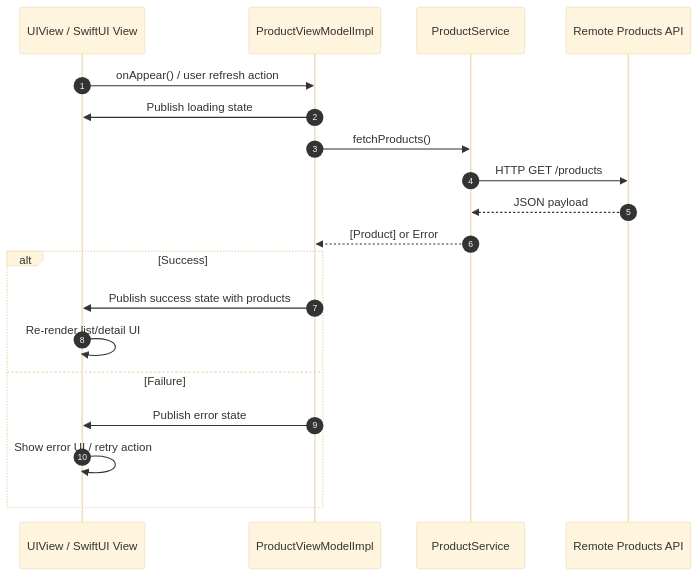
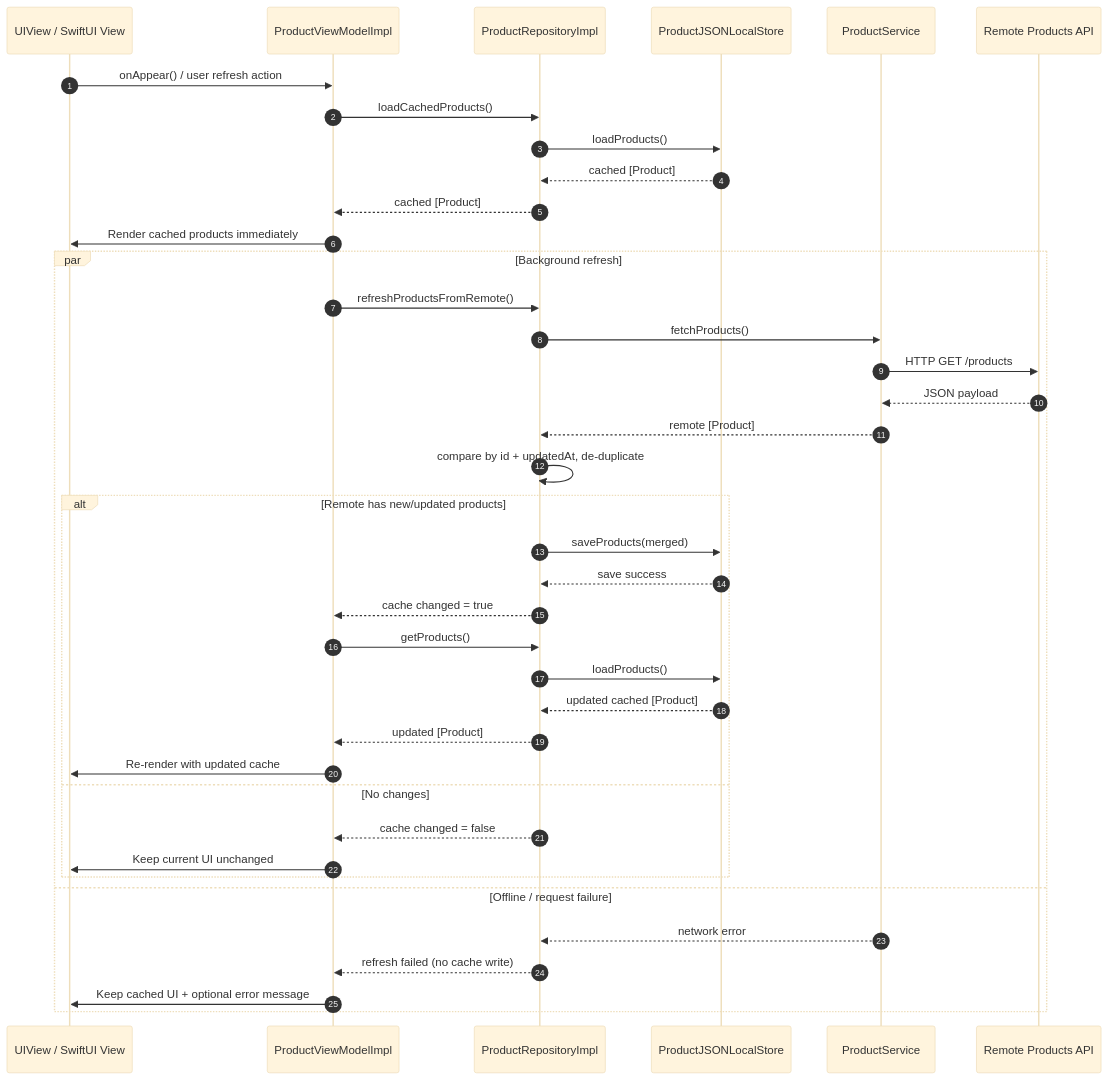
One commit to jigneshsheth/ProductViewer changed the second of 3 diagrams in README.md. Above: the diagram before and after it, drawn with Mermaid (base theme). The commit also changed other lines of this file and 7 other files, not shown here.

Commit message:
Refactor Product Viewer architecture: Implement repository pattern with caching, enhance Product and Price models, and update ProductListView for improved data handling and error management.

````diff
--- a/README.md
+++ b/README.md
@@ -68,23 +82,43 @@
 ```mermaid
 sequenceDiagram
     autonumber
     participant V as UIView / SwiftUI View
     participant VM as ProductViewModelImpl
+    participant R as ProductRepositoryImpl
+    participant L as ProductJSONLocalStore
     participant S as ProductService
     participant API as Remote Products API
 
     V->>VM: onAppear() / user refresh action
-    VM->>V: Publish loading state
-    VM->>S: fetchProducts()
-    S->>API: HTTP GET /products
-    API-->>S: JSON payload
-    S-->>VM: [Product] or Error
+    VM->>R: loadCachedProducts()
+    R->>L: loadProducts()
+    L-->>R: cached [Product]
+    R-->>VM: cached [Product]
+    VM->>V: Render cached products immediately
 
-    alt Success
-        VM->>V: Publish success state with products
-        V->>V: Re-render list/detail UI
-    else Failure
-        VM->>V: Publish error state
-        V->>V: Show error UI / retry action
+    par Background refresh
+        VM->>R: refreshProductsFromRemote()
+        R->>S: fetchProducts()
+        S->>API: HTTP GET /products
+        API-->>S: JSON payload
+        S-->>R: remote [Product]
+        R->>R: compare by id + updatedAt, de-duplicate
+        alt Remote has new/updated products
+            R->>L: saveProducts(merged)
+            L-->>R: save success
+            R-->>VM: cache changed = true
+            VM->>R: getProducts()
+            R->>L: loadProducts()
+            L-->>R: updated cached [Product]
+            R-->>VM: updated [Product]
+            VM->>V: Re-render with updated cache
+        else No changes
+            R-->>VM: cache changed = false
+            VM->>V: Keep current UI unchanged
+        end
+    and Offline / request failure
+        S-->>R: network error
+        R-->>VM: refresh failed (no cache write)
+        VM->>V: Keep cached UI + optional error message
     end
 ```
````
